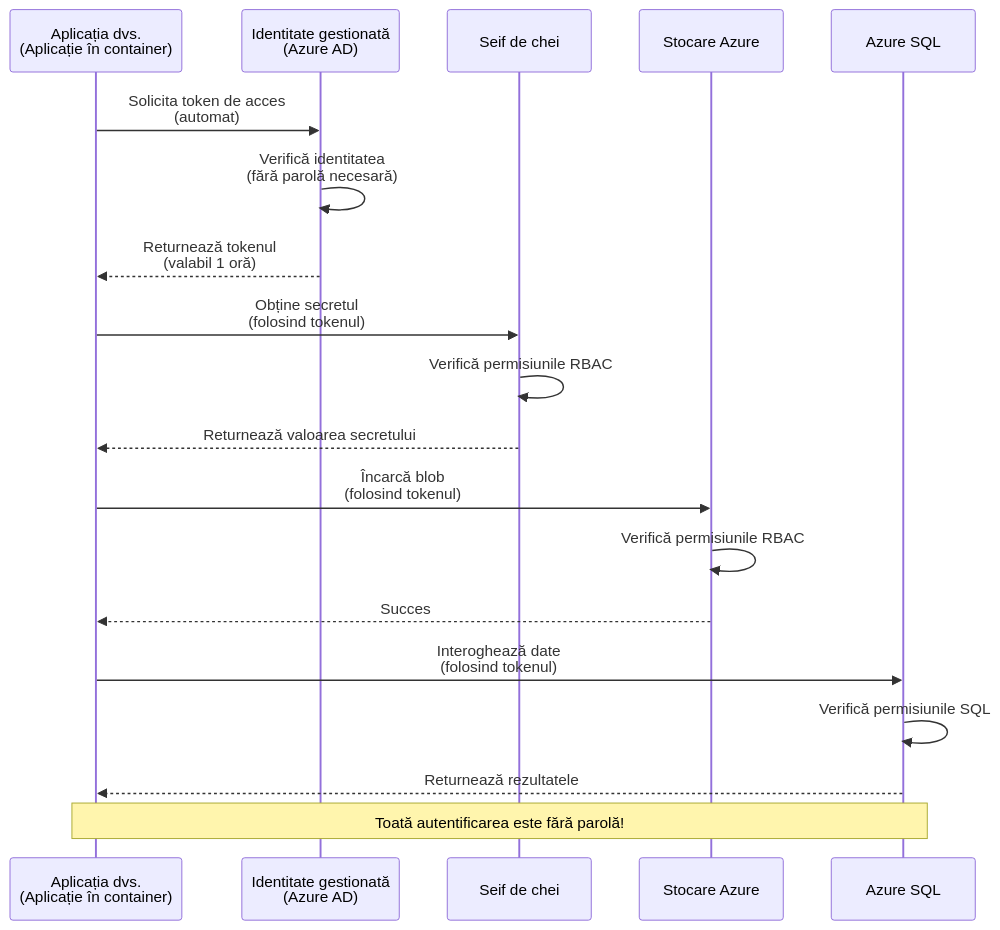
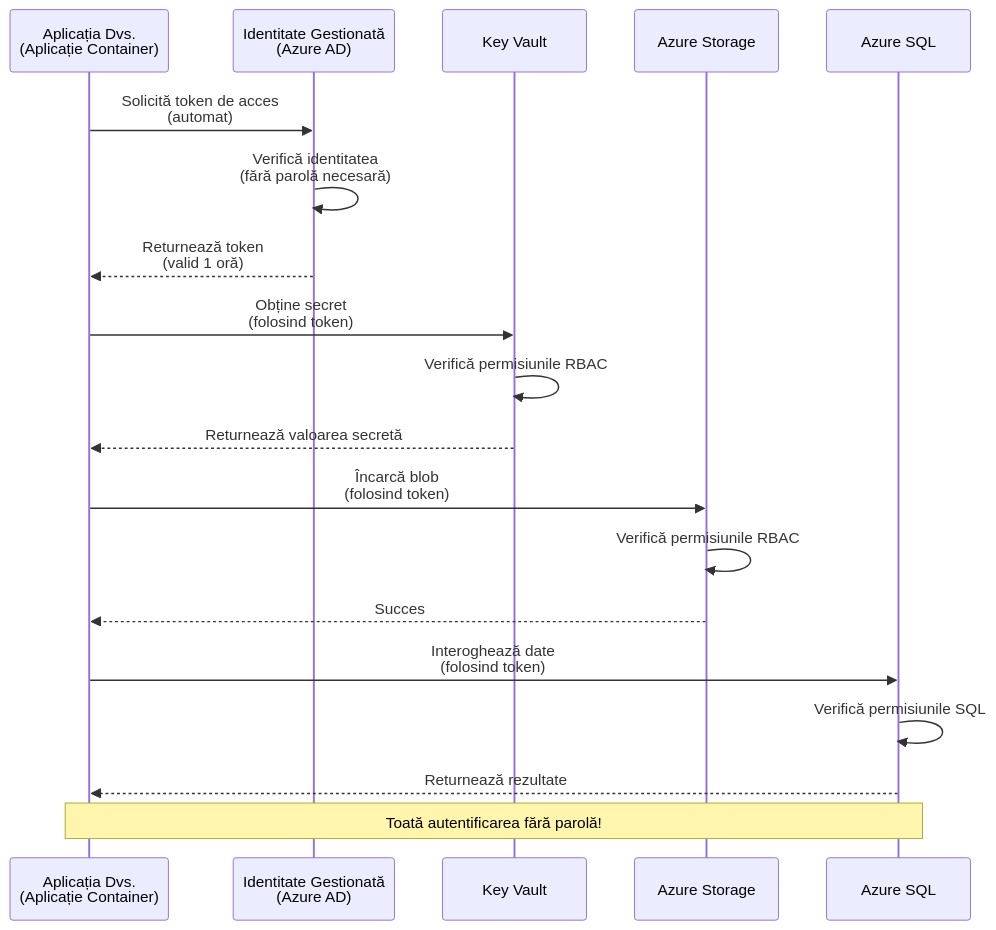
The first of 2 diagrams in translations/ro/docs/chapter-03-configuration/authsecurity.md (microsoft/AZD-for-beginners), drawn with Mermaid before and after one commit. The commit also changed other lines of this file and 101 other files, not shown here.

````diff
--- a/translations/ro/docs/chapter-03-configuration/authsecurity.md
+++ b/translations/ro/docs/chapter-03-configuration/authsecurity.md
@@ -69,26 +69,26 @@
 ```mermaid
 sequenceDiagram
-    participant App as Aplicația dvs.<br/>(Aplicație în container)
-    participant MI as Identitate gestionată<br/>(Azure AD)
-    participant KV as Seif de chei
-    participant Storage as Stocare Azure
+    participant App as Aplicația Dvs.<br/>(Aplicație Container)
+    participant MI as Identitate Gestionată<br/>(Azure AD)
+    participant KV as Key Vault
+    participant Storage as Azure Storage
     participant DB as Azure SQL
     
-    App->>MI: Solicita token de acces<br/>(automat)
+    App->>MI: Solicită token de acces<br/>(automat)
     MI->>MI: Verifică identitatea<br/>(fără parolă necesară)
-    MI-->>App: Returnează tokenul<br/>(valabil 1 oră)
+    MI-->>App: Returnează token<br/>(valid 1 oră)
     
-    App->>KV: Obține secretul<br/>(folosind tokenul)
+    App->>KV: Obține secret<br/>(folosind token)
     KV->>KV: Verifică permisiunile RBAC
-    KV-->>App: Returnează valoarea secretului
+    KV-->>App: Returnează valoarea secretă
     
-    App->>Storage: Încarcă blob<br/>(folosind tokenul)
+    App->>Storage: Încarcă blob<br/>(folosind token)
     Storage->>Storage: Verifică permisiunile RBAC
     Storage-->>App: Succes
     
-    App->>DB: Interoghează date<br/>(folosind tokenul)
+    App->>DB: Interoghează date<br/>(folosind token)
     DB->>DB: Verifică permisiunile SQL
-    DB-->>App: Returnează rezultatele
+    DB-->>App: Returnează rezultate
     
-    Note over App,DB: Toată autentificarea este fără parolă!
+    Note over App,DB: Toată autentificarea fără parolă!
 ```
````
